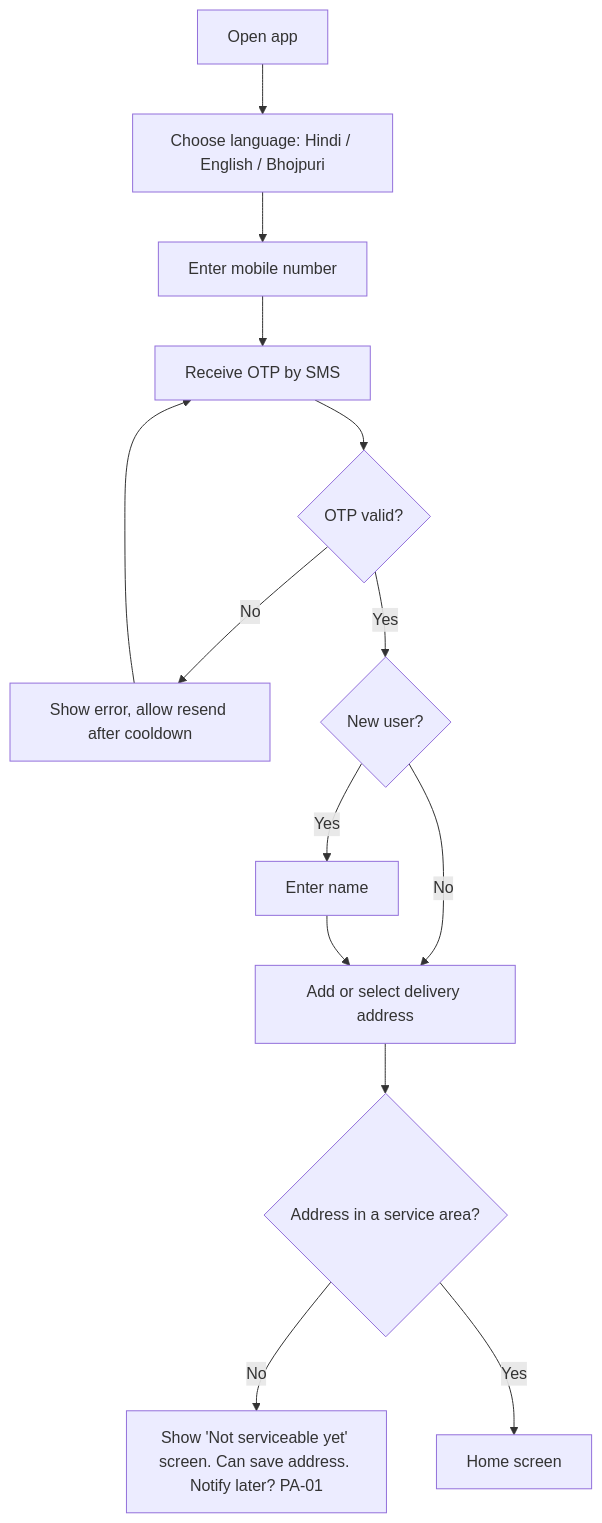
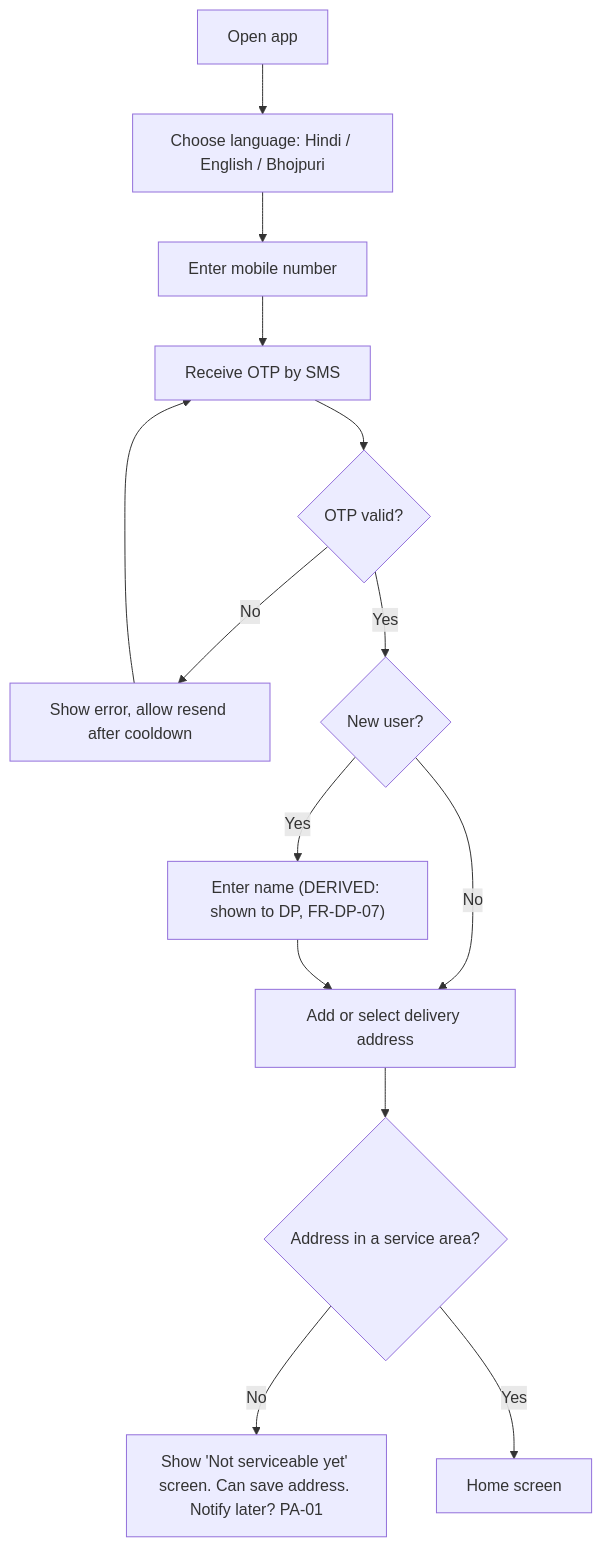
One commit to flexirl/Ramukaka changed the first of 4 diagrams in docs/USER_FLOWS.md. Above: the diagram before and after it, drawn with Mermaid. The commit also changed other lines of this file and 12 other files, not shown here.

````diff
--- a/docs/USER_FLOWS.md
+++ b/docs/USER_FLOWS.md
@@ -13,15 +14,15 @@
 ```mermaid
 flowchart TD
   A[Open app] --> B[Choose language: Hindi / English / Bhojpuri]
   B --> C[Enter mobile number]
   C --> D[Receive OTP by SMS]
   D --> E{OTP valid?}
   E -- No --> D2[Show error, allow resend after cooldown] --> D
   E -- Yes --> F{New user?}
-  F -- Yes --> G[Enter name]
+  F -- Yes --> G["Enter name (DERIVED: shown to DP, FR-DP-07)"]
   F -- No --> H
   G --> H[Add or select delivery address]
   H --> I{Address in a service area?}
   I -- No --> J[Show 'Not serviceable yet' screen. Can save address. Notify later? PA-01]
   I -- Yes --> K[Home screen]
 ```
````
